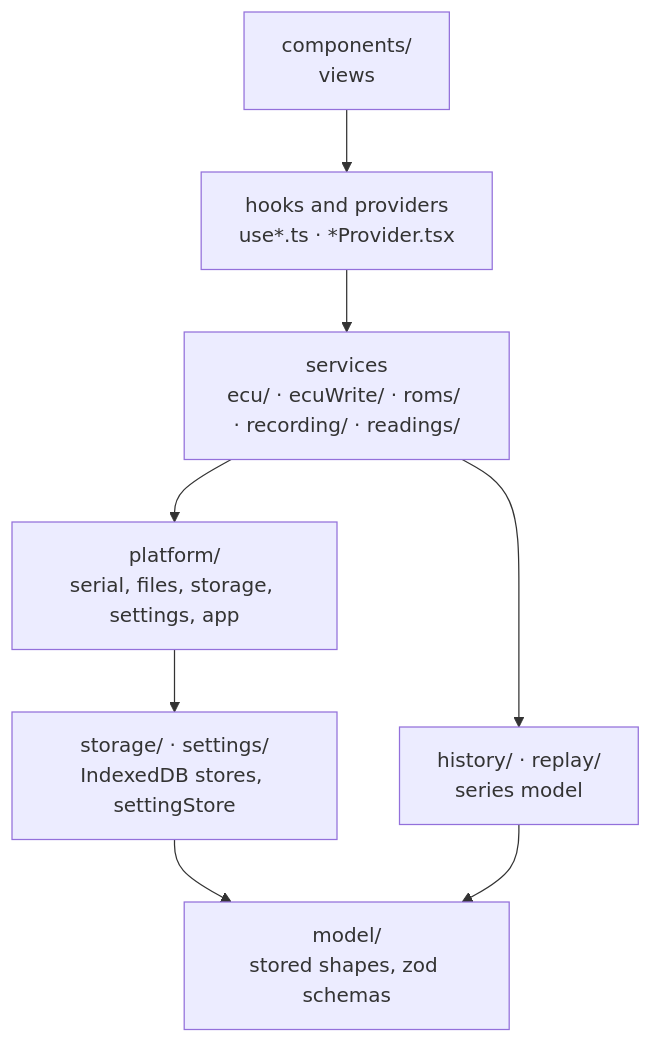
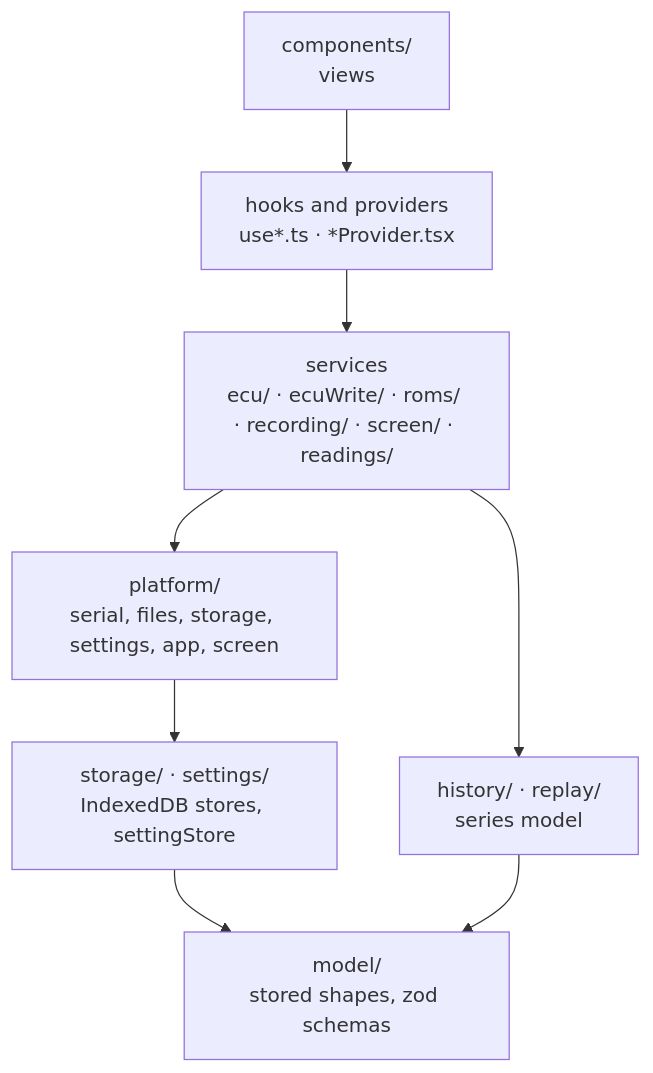
Before and after one commit to KB1RMA/14cux-gauge: the second of 3 diagrams in docs/architecture.md, drawn with Mermaid. The commit also changed other lines of this file and 26 other files, not shown here.

````diff
--- a/docs/architecture.md
+++ b/docs/architecture.md
@@ -265,13 +280,13 @@
 ```mermaid
 flowchart TB
   model["model/<br/>stored shapes, zod schemas"]
   storage["storage/ · settings/<br/>IndexedDB stores, settingStore"]
-  platform["platform/<br/>serial, files, storage, settings, app"]
-  svc["services<br/>ecu/ · ecuWrite/ · roms/ · recording/ · readings/"]
+  platform["platform/<br/>serial, files, storage, settings, app, screen"]
+  svc["services<br/>ecu/ · ecuWrite/ · roms/ · recording/ · screen/ · readings/"]
   series["history/ · replay/<br/>series model"]
   hooks["hooks and providers<br/>use*.ts · *Provider.tsx"]
   components["components/<br/>views"]
 
   components --> hooks --> svc --> platform --> storage --> model
   svc --> series --> model
 ```
````
